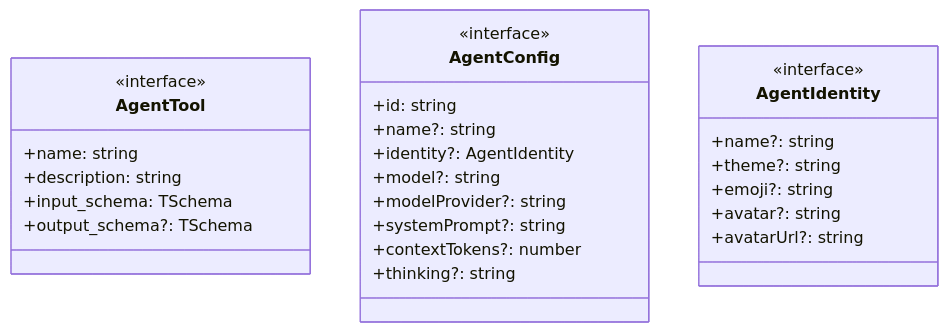
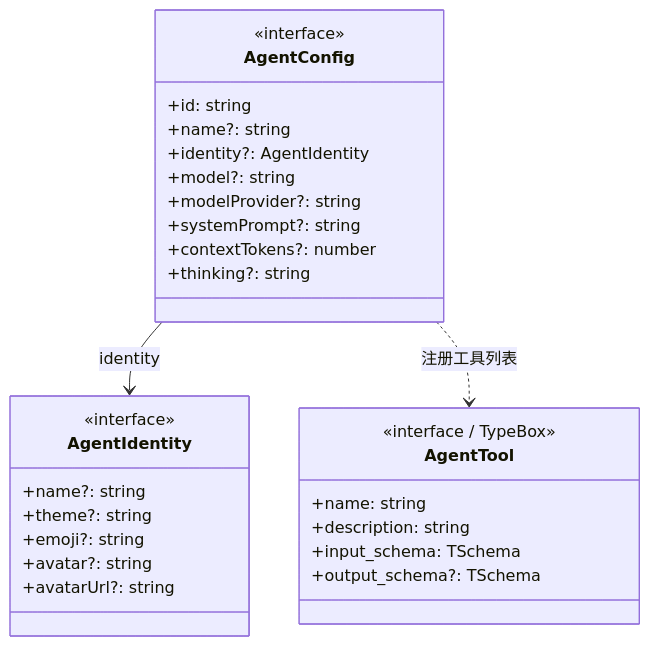
Before and after one commit to caicongyang/bloger: the fifth of 26 diagrams in openclaw/DATA_STRUCTURES.md, drawn with Mermaid. The commit also changed other lines of this file and 13 other files, not shown here.

````diff
--- a/openclaw/DATA_STRUCTURES.md
+++ b/openclaw/DATA_STRUCTURES.md
@@ -196,31 +255,34 @@
 ```mermaid
 classDiagram
-    class AgentTool {
-        <<interface>>
-        +name: string
-        +description: string
-        +input_schema: TSchema
-        +output_schema?: TSchema
-    }
-    
     class AgentConfig {
         <<interface>>
         +id: string
         +name?: string
         +identity?: AgentIdentity
         +model?: string
         +modelProvider?: string
         +systemPrompt?: string
         +contextTokens?: number
         +thinking?: string
     }
-    
+
     class AgentIdentity {
         <<interface>>
         +name?: string
         +theme?: string
         +emoji?: string
         +avatar?: string
         +avatarUrl?: string
     }
+
+    class AgentTool {
+        <<interface / TypeBox>>
+        +name: string
+        +description: string
+        +input_schema: TSchema
+        +output_schema?: TSchema
+    }
+
+    AgentConfig --> AgentIdentity : identity
+    AgentConfig ..> AgentTool : 注册工具列表
 ```
````
